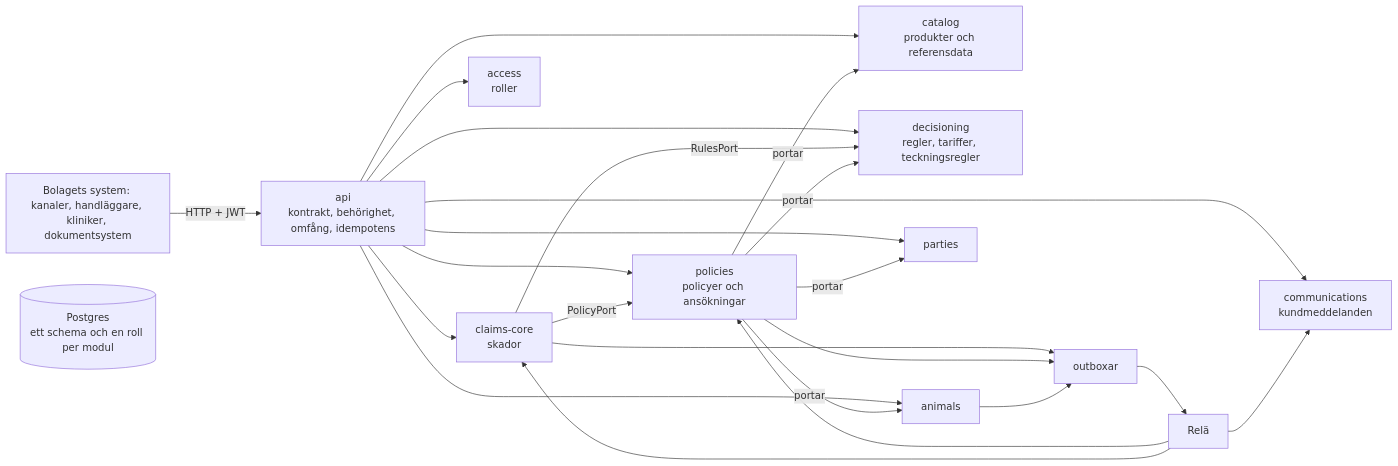
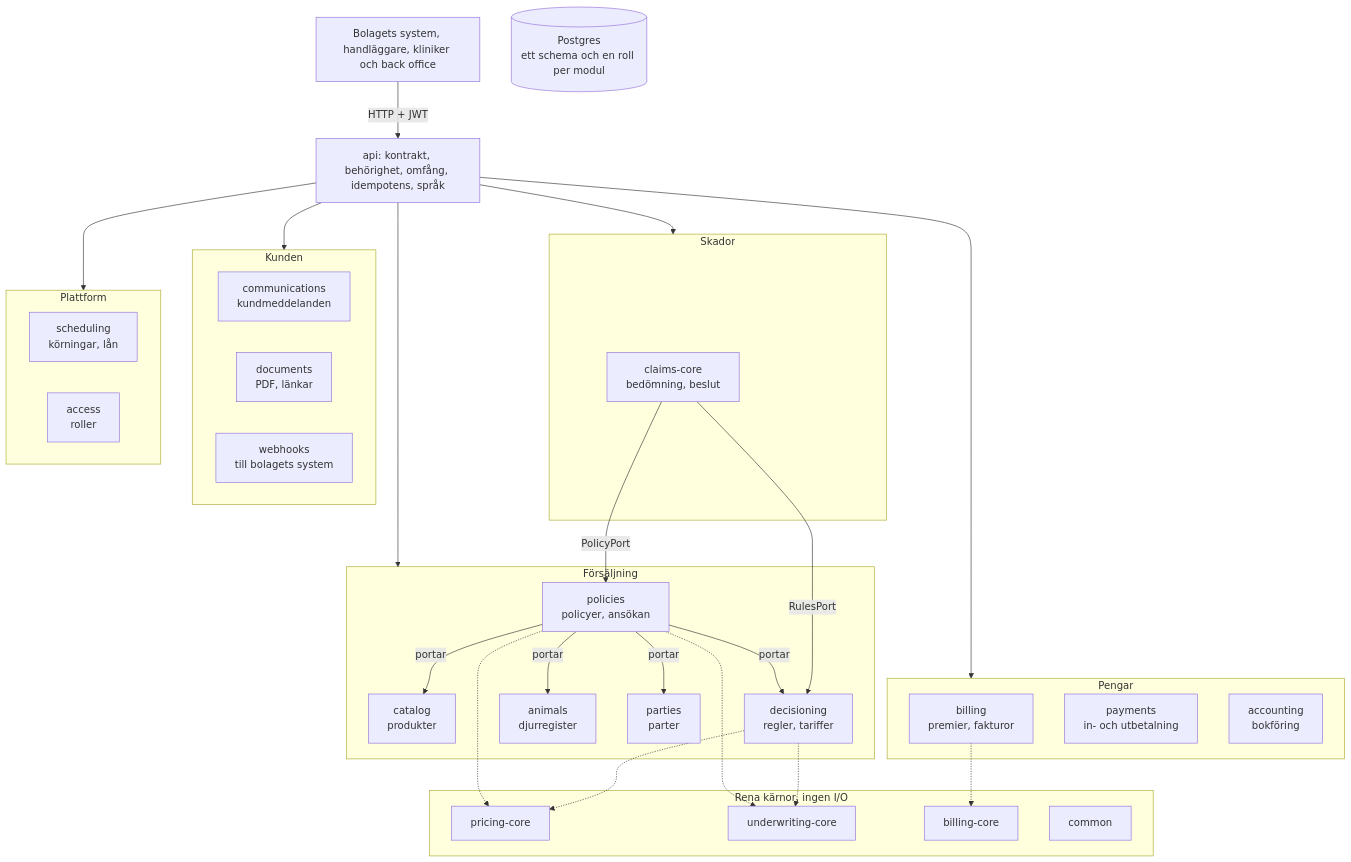
One commit to AntonAasvold/petvold changed the first of 2 diagrams in docs/teknik/arkitektur.md. Above: the diagram before and after it, drawn with Mermaid. The commit also changed other lines of this file and 7 other files, not shown here.

First line of the commit message:
Diagram över arkitekturen, driften och skalningen

````diff
--- a/docs/teknik/arkitektur.md
+++ b/docs/teknik/arkitektur.md
@@ -9,17 +9,41 @@
 ```mermaid
-flowchart LR
-  client[Bolagets system: kanaler, handläggare, kliniker, dokumentsystem] -->|HTTP + JWT| api[api<br/>kontrakt, behörighet, omfång, idempotens]
-  api --> claims[claims-core<br/>skador]
-  api --> policies[policies<br/>policyer och ansökningar]
-  api --> catalog[catalog<br/>produkter och referensdata]
-  api --> decisioning[decisioning<br/>regler, tariffer, teckningsregler]
-  api --> animals[animals]
-  api --> parties[parties]
-  api --> comms[communications<br/>kundmeddelanden]
-  api --> access[access<br/>roller]
+flowchart TB
+  client["Bolagets system, handläggare, kliniker och back office"] -->|HTTP + JWT| api["api: kontrakt, behörighet, omfång, idempotens, språk"]
+  api --> salj & skador & pengar & kunden & plattform
+  subgraph salj [Försäljning]
+    catalog["catalog<br/>produkter"]
+    decisioning["decisioning<br/>regler, tariffer"]
+    policies["policies<br/>policyer, ansökan"]
+    animals["animals<br/>djurregister"]
+    parties["parties<br/>parter"]
+  end
+  subgraph skador [Skador]
+    claims["claims-core<br/>bedömning, beslut"]
+  end
+  subgraph pengar [Pengar]
+    billing["billing<br/>premier, fakturor"]
+    payments["payments<br/>in- och utbetalning"]
+    accounting["accounting<br/>bokföring"]
+  end
+  subgraph kunden [Kunden]
+    communications["communications<br/>kundmeddelanden"]
+    documents["documents<br/>PDF, länkar"]
+    webhooks["webhooks<br/>till bolagets system"]
+  end
+  subgraph plattform [Plattform]
+    scheduling["scheduling<br/>körningar, lån"]
+    access["access<br/>roller"]
+  end
+  subgraph karnor [Rena kärnor, ingen I/O]
+    pricing[pricing-core]
+    underwriting[underwriting-core]
+    billingcore[billing-core]
+    common[common]
+  end
   claims -->|PolicyPort| policies
   claims -->|RulesPort| decisioning
   policies -->|portar| catalog & animals & parties & decisioning
-  db[(Postgres<br/>ett schema och en roll per modul)]
-  claims & policies & animals --> outbox[outboxar] --> relay[Relä] --> policies & comms & claims
+  decisioning & policies -.-> pricing & underwriting
+  billing -.-> billingcore
+  db[("Postgres<br/>ett schema och en roll per modul")]
 ```
````
